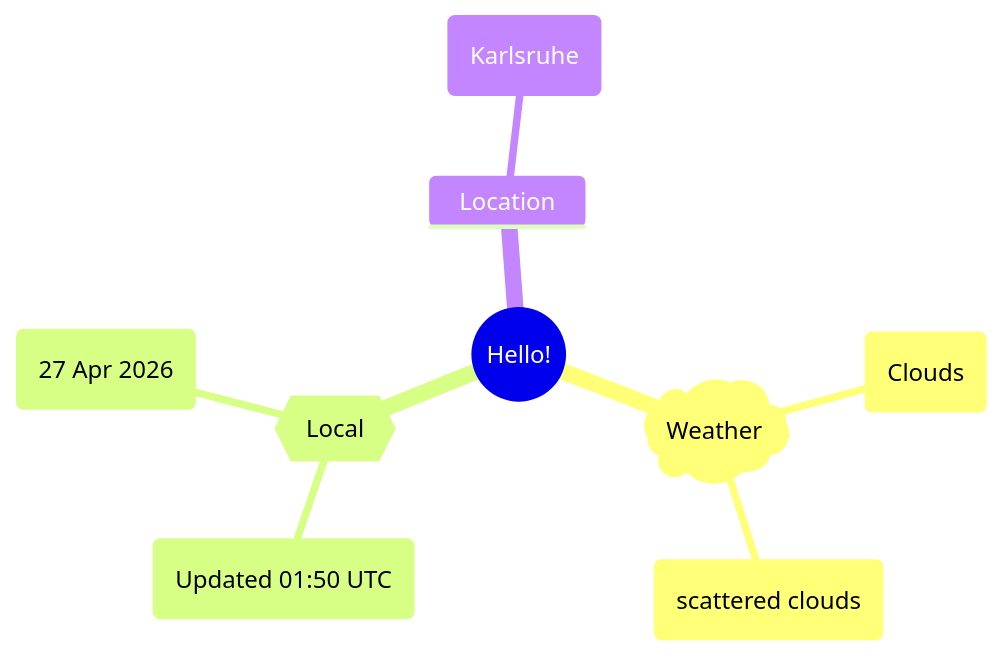
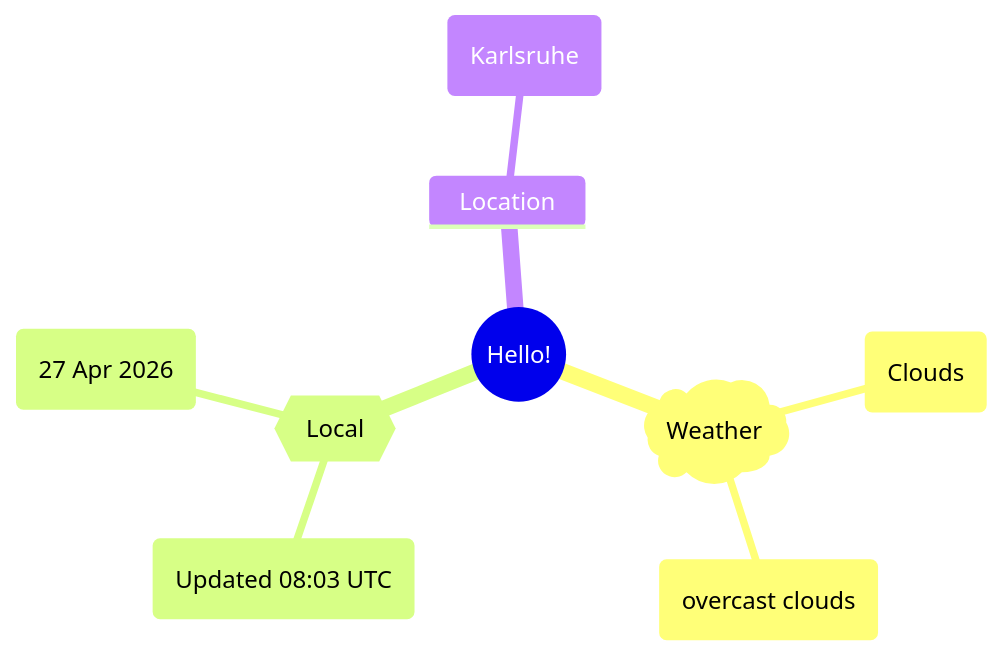
One commit to Xosrov/Xosrov changed the first of 2 diagrams in README.md. Above: the diagram before and after it, drawn with Mermaid.

Commit message:
[bot] updated images

````diff
--- a/README.md
+++ b/README.md
@@ -3,12 +3,12 @@
 ```mermaid
 mindmap
   root((Hello!))
     )Weather(
         (Clouds)
-        (scattered clouds)
+        (overcast clouds)
     {{Local}}
-        (Updated 01:50 UTC)
+        (Updated 08:03 UTC)
         (27 Apr 2026)
     Location
         (Karlsruhe)
 ```
````
